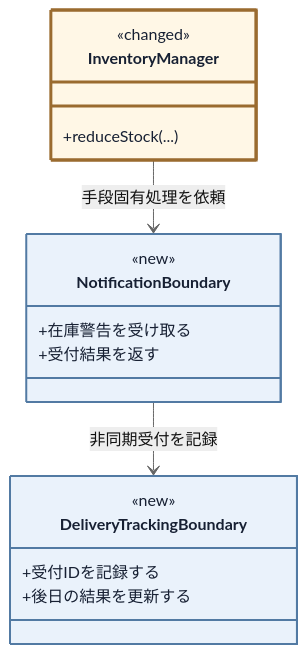
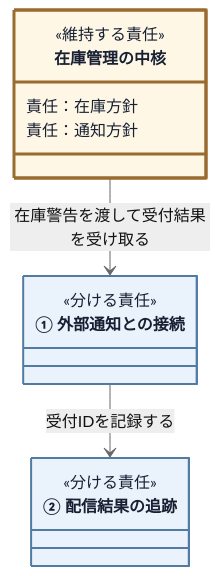
One commit to kumachan1101-pixel/DesignPattern changed the ninth of 18 diagrams in kindle/design-patterns/books/volume01-core-patterns/output/05-chapter03.md. Above: the diagram before and after it, drawn with Mermaid (neutral theme). The commit also changed other lines of this file and 17 other files, not shown here.

````diff
--- a/kindle/design-patterns/books/volume01-core-patterns/output/05-chapter03.md
+++ b/kindle/design-patterns/books/volume01-core-patterns/output/05-chapter03.md
@@ -1541,24 +1503,21 @@
 ```mermaid
 classDiagram
     %% provisional-role-diagram
     direction TB
-    class InventoryManager:::touched {
-        <<changed>>
-        +reduceStock(...)
+    class InventoryPolicy["在庫管理の中核"]:::current {
+        <<維持する責任>>
+        責任：在庫方針
+        責任：通知方針
     }
-    class NotificationBoundary:::added {
-        <<new>>
-        +在庫警告を受け取る
-        +受付結果を返す
+    class NotificationConnection["① 外部通知との接続"]:::separated {
+        <<分ける責任>>
     }
-    class DeliveryTrackingBoundary:::added {
-        <<new>>
-        +受付IDを記録する
-        +後日の結果を更新する
+    class DeliveryTracking["② 配信結果の追跡"]:::separated {
+        <<分ける責任>>
     }
-    InventoryManager --> NotificationBoundary : 手段固有処理を依頼
-    NotificationBoundary --> DeliveryTrackingBoundary : 非同期受付を記録
+    InventoryPolicy --> NotificationConnection : 在庫警告を渡して受付結果を受け取る
+    NotificationConnection --> DeliveryTracking : 受付IDを記録する
 
-    classDef added fill:#eaf2fb,stroke:#527aa3,stroke-width:2px,color:#172033;
-    classDef touched fill:#fff7e6,stroke:#9a6b2f,stroke-width:3px,color:#172033;
+    classDef separated fill:#eaf2fb,stroke:#527aa3,stroke-width:2px,color:#172033;
+    classDef current fill:#fff7e6,stroke:#9a6b2f,stroke-width:3px,color:#172033;
 ```
````
